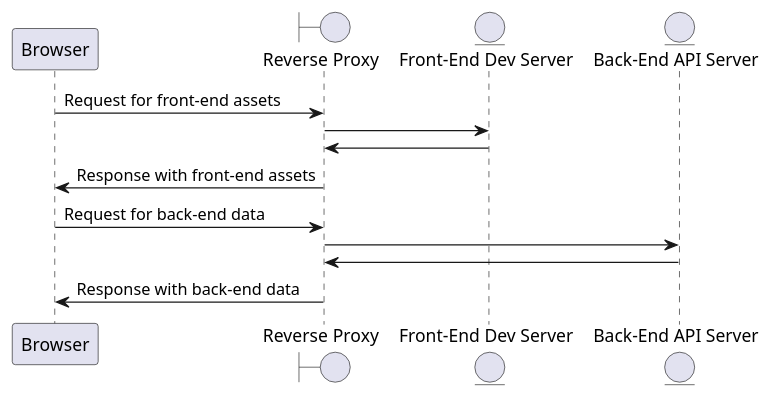
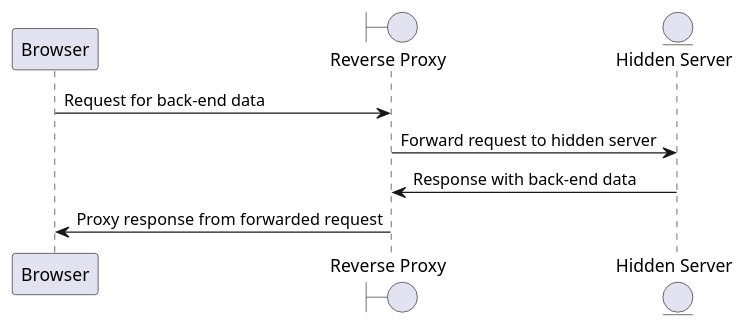
The diagram in talk/reverse_proxy.plantuml (fin-kafka/orchestrating-app), drawn with PlantUML before and after one commit. The commit also changed 4 other files, not shown here.

Commit message:
add some diagrams and more edits

```diff
--- a/talk/reverse_proxy.plantuml
+++ b/talk/reverse_proxy.plantuml
@@ -1,20 +1,14 @@
 @startuml
 
 skinparam backgroundcolor transparent
 
 participant Browser
 boundary ReverseProxy as "Reverse Proxy"
-entity FrontEndDevServer as "Front-End Dev Server"
-entity APIServer as "Back-End API Server"
-
-Browser -> ReverseProxy : Request for front-end assets
-ReverseProxy -> FrontEndDevServer
-FrontEndDevServer -> ReverseProxy
-ReverseProxy -> Browser : Response with front-end assets
+entity HiddenServer as "Hidden Server"
 
 Browser -> ReverseProxy : Request for back-end data
-ReverseProxy -> APIServer
-APIServer -> ReverseProxy
-ReverseProxy -> Browser : Response with back-end data
+ReverseProxy -> HiddenServer : Forward request to hidden server
+HiddenServer -> ReverseProxy : Response with back-end data
+ReverseProxy -> Browser : Proxy response from forwarded request
 
 @enduml
```
